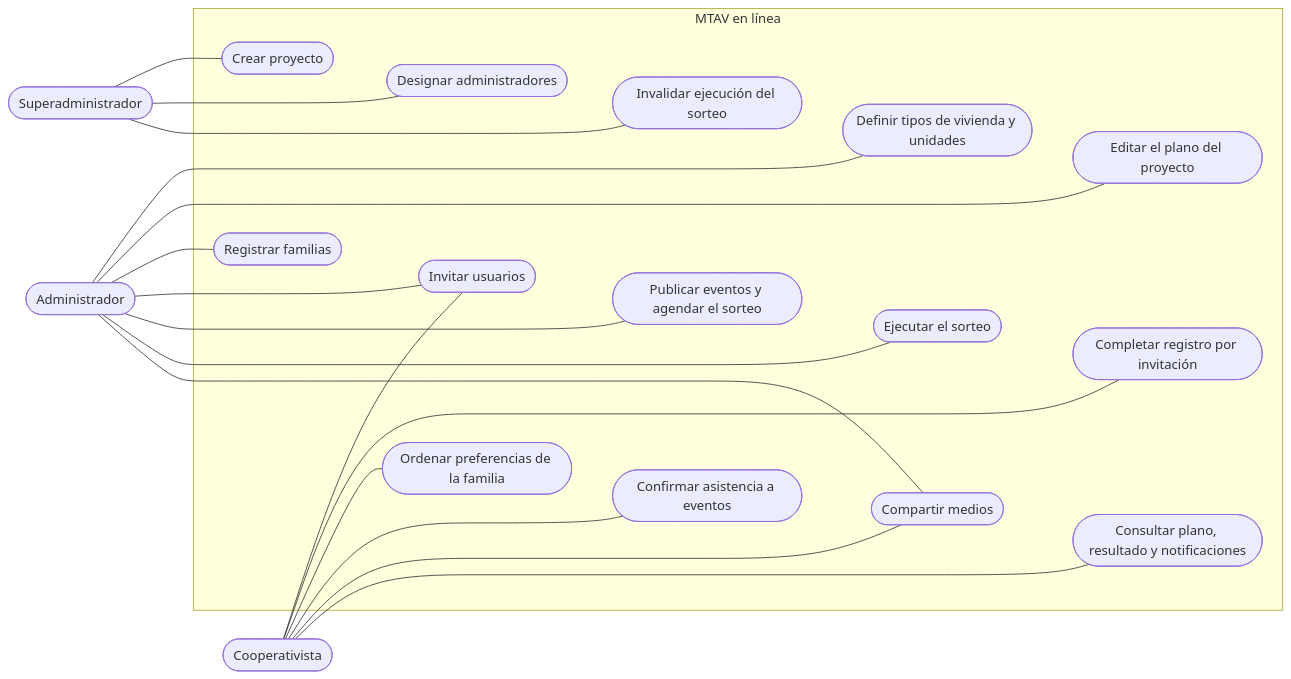
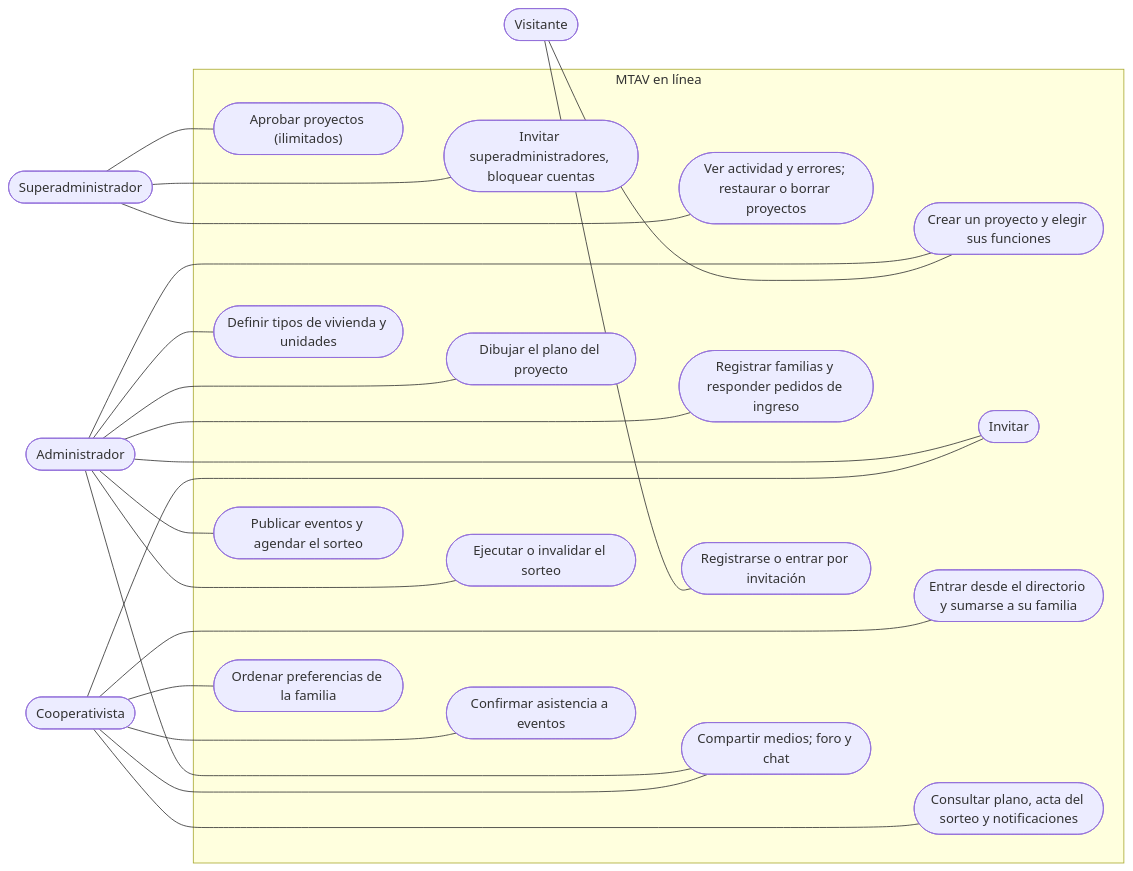
One commit to devvir/mtav changed the diagram in documentation/thesis/assets/casos-uso.mmd. Above: the diagram before and after it, drawn with Mermaid. The commit also changed 14 other files, not shown here.

```diff
--- a/documentation/thesis/assets/casos-uso.mmd
+++ b/documentation/thesis/assets/casos-uso.mmd
@@ -1,41 +1,48 @@
 flowchart LR
     SA(["Superadministrador"])
     AD(["Administrador"])
     CO(["Cooperativista"])
+    VI(["Visitante"])
 
     subgraph MTAV["MTAV en línea"]
-        UC1(["Crear proyecto"])
-        UC2(["Designar administradores"])
-        UC3(["Invalidar ejecución del sorteo"])
-        UC4(["Definir tipos de vivienda y unidades"])
-        UC5(["Editar el plano del proyecto"])
-        UC6(["Registrar familias"])
-        UC7(["Invitar usuarios"])
-        UC8(["Publicar eventos y agendar el sorteo"])
-        UC9(["Ejecutar el sorteo"])
-        UC10(["Completar registro por invitación"])
-        UC11(["Ordenar preferencias de la familia"])
-        UC12(["Confirmar asistencia a eventos"])
-        UC13(["Compartir medios"])
-        UC14(["Consultar plano, resultado y notificaciones"])
-        UC1 ~~~ UC2 ~~~ UC3 ~~~ UC4 ~~~ UC5
-        UC6 ~~~ UC7 ~~~ UC8 ~~~ UC9 ~~~ UC10
-        UC11 ~~~ UC12 ~~~ UC13 ~~~ UC14
+        UC1(["Aprobar proyectos (ilimitados)"])
+        UC2(["Invitar superadministradores, bloquear cuentas"])
+        UC3(["Ver actividad y errores; restaurar o borrar proyectos"])
+        UC4(["Crear un proyecto y elegir sus funciones"])
+        UC5(["Definir tipos de vivienda y unidades"])
+        UC6(["Dibujar el plano del proyecto"])
+        UC7(["Registrar familias y responder pedidos de ingreso"])
+        UC8(["Invitar"])
+        UC9(["Publicar eventos y agendar el sorteo"])
+        UC10(["Ejecutar o invalidar el sorteo"])
+        UC11(["Registrarse o entrar por invitación"])
+        UC12(["Entrar desde el directorio y sumarse a su familia"])
+        UC13(["Ordenar preferencias de la familia"])
+        UC14(["Confirmar asistencia a eventos"])
+        UC15(["Compartir medios; foro y chat"])
+        UC16(["Consultar plano, acta del sorteo y notificaciones"])
+        UC1 ~~~ UC2 ~~~ UC3 ~~~ UC4
+        UC5 ~~~ UC6 ~~~ UC7 ~~~ UC8
+        UC9 ~~~ UC10 ~~~ UC11 ~~~ UC12
+        UC13 ~~~ UC14 ~~~ UC15 ~~~ UC16
     end
 
     SA --- UC1
     SA --- UC2
     SA --- UC3
     AD --- UC4
     AD --- UC5
     AD --- UC6
     AD --- UC7
     AD --- UC8
     AD --- UC9
-    AD --- UC13
-    CO --- UC7
-    CO --- UC10
-    CO --- UC11
+    AD --- UC10
+    AD --- UC15
+    CO --- UC8
     CO --- UC12
     CO --- UC13
     CO --- UC14
+    CO --- UC15
+    CO --- UC16
+    VI --- UC4
+    VI --- UC11
```
